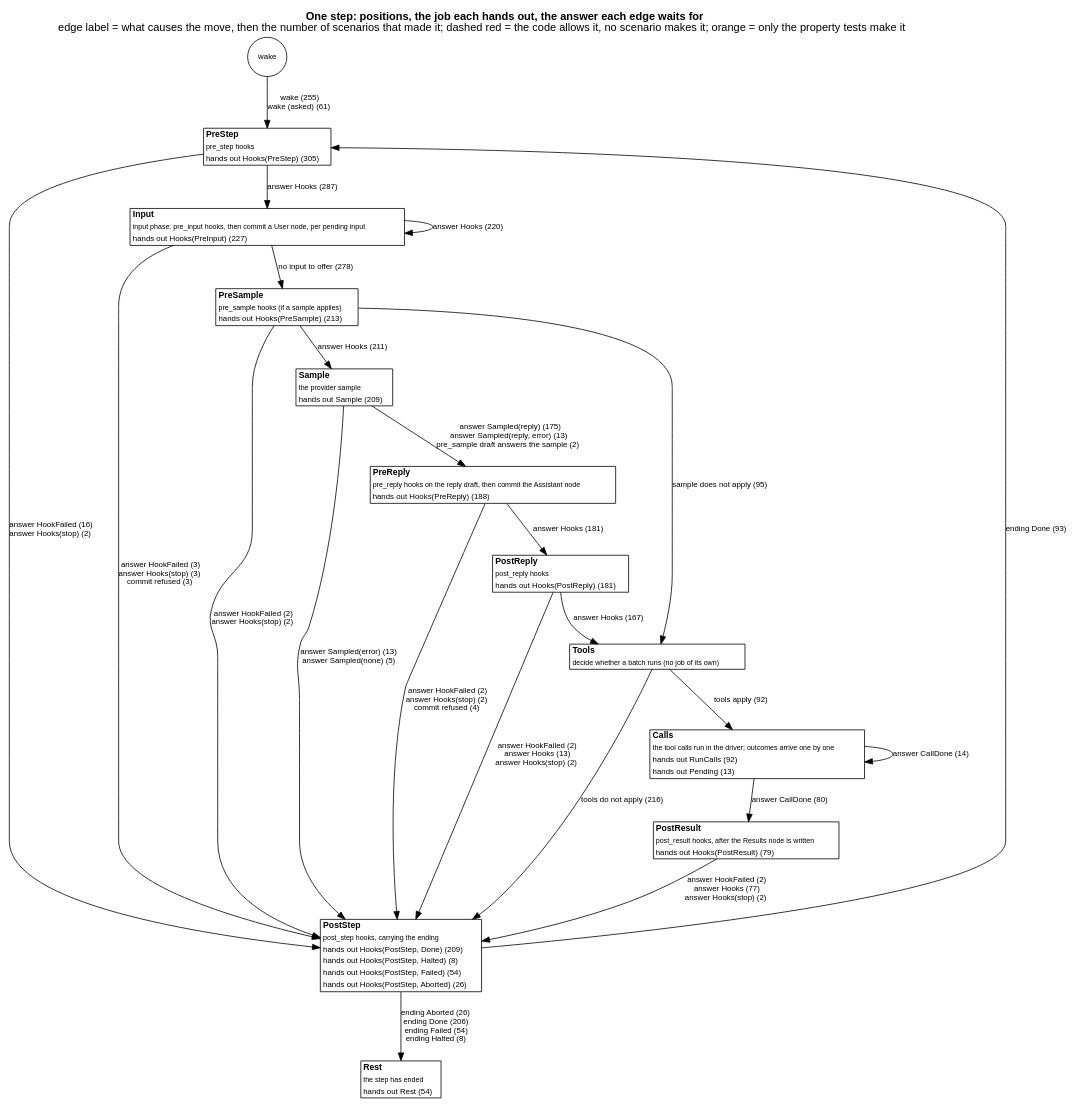
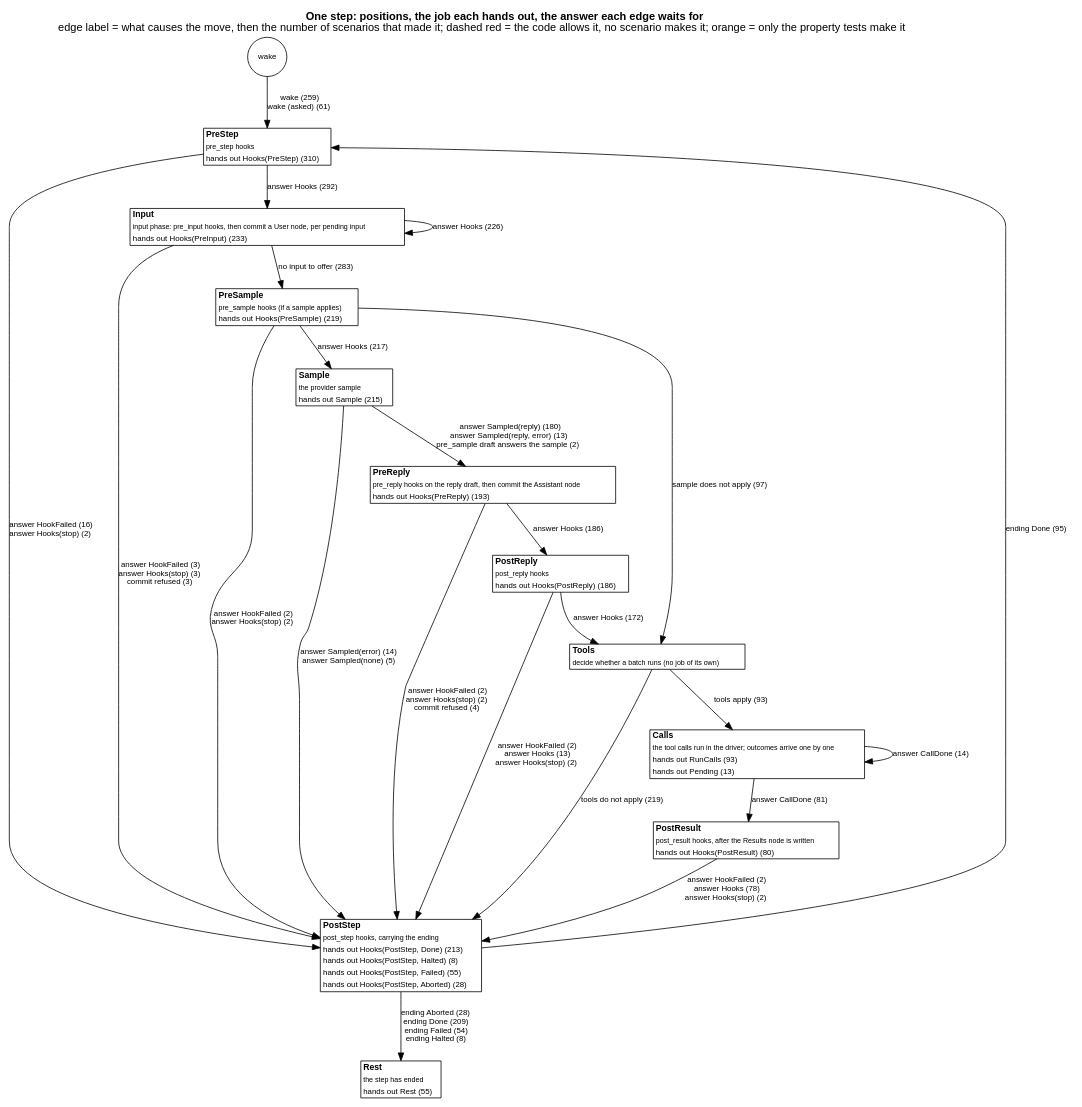
The diagram in docs/as-built/diagrams/step-positions.dot (jmccardle/tau), drawn with Graphviz before and after one commit. The commit also changed 39 other files, not shown here.

```diff
--- a/docs/as-built/diagrams/step-positions.dot
+++ b/docs/as-built/diagrams/step-positions.dot
@@ -1,40 +1,40 @@
 // Generated by scripts/diagrams.sh from the test suites' transitions. Do not edit.
 digraph step_positions {
   graph [rankdir=TB, fontname="Helvetica", nodesep=0.5, ranksep=0.6, labelloc=t, label=<<b>One step: positions, the job each hands out, the answer each edge waits for</b><br/>edge label = what causes the move, then the number of scenarios that made it; dashed red = the code allows it, no scenario makes it; orange = only the property tests make it>];
   node [shape=plain, fontname="Helvetica", fontsize=11];
   edge [fontname="Helvetica", fontsize=10];
   "(wake)" [shape=circle, label="wake", fontsize=10];
-  "PreStep" [label=<<table border="1" cellborder="0" cellspacing="0" bgcolor="white"><tr><td align="left"><b>PreStep</b></td></tr><tr><td align="left"><font point-size="9">pre_step hooks</font></td></tr><tr><td align="left"><font color="black" point-size="10">hands out Hooks(PreStep) (305)</font></td></tr></table>>];
-  "Input" [label=<<table border="1" cellborder="0" cellspacing="0" bgcolor="white"><tr><td align="left"><b>Input</b></td></tr><tr><td align="left"><font point-size="9">input phase: pre_input hooks, then commit a User node, per pending input</font></td></tr><tr><td align="left"><font color="black" point-size="10">hands out Hooks(PreInput) (227)</font></td></tr></table>>];
-  "PreSample" [label=<<table border="1" cellborder="0" cellspacing="0" bgcolor="white"><tr><td align="left"><b>PreSample</b></td></tr><tr><td align="left"><font point-size="9">pre_sample hooks (if a sample applies)</font></td></tr><tr><td align="left"><font color="black" point-size="10">hands out Hooks(PreSample) (213)</font></td></tr></table>>];
-  "Sample" [label=<<table border="1" cellborder="0" cellspacing="0" bgcolor="white"><tr><td align="left"><b>Sample</b></td></tr><tr><td align="left"><font point-size="9">the provider sample</font></td></tr><tr><td align="left"><font color="black" point-size="10">hands out Sample (209)</font></td></tr></table>>];
-  "PreReply" [label=<<table border="1" cellborder="0" cellspacing="0" bgcolor="white"><tr><td align="left"><b>PreReply</b></td></tr><tr><td align="left"><font point-size="9">pre_reply hooks on the reply draft, then commit the Assistant node</font></td></tr><tr><td align="left"><font color="black" point-size="10">hands out Hooks(PreReply) (188)</font></td></tr></table>>];
-  "PostReply" [label=<<table border="1" cellborder="0" cellspacing="0" bgcolor="white"><tr><td align="left"><b>PostReply</b></td></tr><tr><td align="left"><font point-size="9">post_reply hooks</font></td></tr><tr><td align="left"><font color="black" point-size="10">hands out Hooks(PostReply) (181)</font></td></tr></table>>];
+  "PreStep" [label=<<table border="1" cellborder="0" cellspacing="0" bgcolor="white"><tr><td align="left"><b>PreStep</b></td></tr><tr><td align="left"><font point-size="9">pre_step hooks</font></td></tr><tr><td align="left"><font color="black" point-size="10">hands out Hooks(PreStep) (310)</font></td></tr></table>>];
+  "Input" [label=<<table border="1" cellborder="0" cellspacing="0" bgcolor="white"><tr><td align="left"><b>Input</b></td></tr><tr><td align="left"><font point-size="9">input phase: pre_input hooks, then commit a User node, per pending input</font></td></tr><tr><td align="left"><font color="black" point-size="10">hands out Hooks(PreInput) (233)</font></td></tr></table>>];
+  "PreSample" [label=<<table border="1" cellborder="0" cellspacing="0" bgcolor="white"><tr><td align="left"><b>PreSample</b></td></tr><tr><td align="left"><font point-size="9">pre_sample hooks (if a sample applies)</font></td></tr><tr><td align="left"><font color="black" point-size="10">hands out Hooks(PreSample) (219)</font></td></tr></table>>];
+  "Sample" [label=<<table border="1" cellborder="0" cellspacing="0" bgcolor="white"><tr><td align="left"><b>Sample</b></td></tr><tr><td align="left"><font point-size="9">the provider sample</font></td></tr><tr><td align="left"><font color="black" point-size="10">hands out Sample (215)</font></td></tr></table>>];
+  "PreReply" [label=<<table border="1" cellborder="0" cellspacing="0" bgcolor="white"><tr><td align="left"><b>PreReply</b></td></tr><tr><td align="left"><font point-size="9">pre_reply hooks on the reply draft, then commit the Assistant node</font></td></tr><tr><td align="left"><font color="black" point-size="10">hands out Hooks(PreReply) (193)</font></td></tr></table>>];
+  "PostReply" [label=<<table border="1" cellborder="0" cellspacing="0" bgcolor="white"><tr><td align="left"><b>PostReply</b></td></tr><tr><td align="left"><font point-size="9">post_reply hooks</font></td></tr><tr><td align="left"><font color="black" point-size="10">hands out Hooks(PostReply) (186)</font></td></tr></table>>];
   "Tools" [label=<<table border="1" cellborder="0" cellspacing="0" bgcolor="white"><tr><td align="left"><b>Tools</b></td></tr><tr><td align="left"><font point-size="9">decide whether a batch runs (no job of its own)</font></td></tr></table>>];
-  "Calls" [label=<<table border="1" cellborder="0" cellspacing="0" bgcolor="white"><tr><td align="left"><b>Calls</b></td></tr><tr><td align="left"><font point-size="9">the tool calls run in the driver; outcomes arrive one by one</font></td></tr><tr><td align="left"><font color="black" point-size="10">hands out RunCalls (92)</font></td></tr><tr><td align="left"><font color="black" point-size="10">hands out Pending (13)</font></td></tr></table>>];
-  "PostResult" [label=<<table border="1" cellborder="0" cellspacing="0" bgcolor="white"><tr><td align="left"><b>PostResult</b></td></tr><tr><td align="left"><font point-size="9">post_result hooks, after the Results node is written</font></td></tr><tr><td align="left"><font color="black" point-size="10">hands out Hooks(PostResult) (79)</font></td></tr></table>>];
-  "PostStep" [label=<<table border="1" cellborder="0" cellspacing="0" bgcolor="white"><tr><td align="left"><b>PostStep</b></td></tr><tr><td align="left"><font point-size="9">post_step hooks, carrying the ending</font></td></tr><tr><td align="left"><font color="black" point-size="10">hands out Hooks(PostStep, Done) (209)</font></td></tr><tr><td align="left"><font color="black" point-size="10">hands out Hooks(PostStep, Halted) (8)</font></td></tr><tr><td align="left"><font color="black" point-size="10">hands out Hooks(PostStep, Failed) (54)</font></td></tr><tr><td align="left"><font color="black" point-size="10">hands out Hooks(PostStep, Aborted) (26)</font></td></tr></table>>];
-  "Rest" [label=<<table border="1" cellborder="0" cellspacing="0" bgcolor="white"><tr><td align="left"><b>Rest</b></td></tr><tr><td align="left"><font point-size="9">the step has ended</font></td></tr><tr><td align="left"><font color="black" point-size="10">hands out Rest (54)</font></td></tr></table>>];
-  "(wake)" -> "PreStep" [label=<wake (255)<br/>wake (asked) (61)>, color="black", style=solid];
+  "Calls" [label=<<table border="1" cellborder="0" cellspacing="0" bgcolor="white"><tr><td align="left"><b>Calls</b></td></tr><tr><td align="left"><font point-size="9">the tool calls run in the driver; outcomes arrive one by one</font></td></tr><tr><td align="left"><font color="black" point-size="10">hands out RunCalls (93)</font></td></tr><tr><td align="left"><font color="black" point-size="10">hands out Pending (13)</font></td></tr></table>>];
+  "PostResult" [label=<<table border="1" cellborder="0" cellspacing="0" bgcolor="white"><tr><td align="left"><b>PostResult</b></td></tr><tr><td align="left"><font point-size="9">post_result hooks, after the Results node is written</font></td></tr><tr><td align="left"><font color="black" point-size="10">hands out Hooks(PostResult) (80)</font></td></tr></table>>];
+  "PostStep" [label=<<table border="1" cellborder="0" cellspacing="0" bgcolor="white"><tr><td align="left"><b>PostStep</b></td></tr><tr><td align="left"><font point-size="9">post_step hooks, carrying the ending</font></td></tr><tr><td align="left"><font color="black" point-size="10">hands out Hooks(PostStep, Done) (213)</font></td></tr><tr><td align="left"><font color="black" point-size="10">hands out Hooks(PostStep, Halted) (8)</font></td></tr><tr><td align="left"><font color="black" point-size="10">hands out Hooks(PostStep, Failed) (55)</font></td></tr><tr><td align="left"><font color="black" point-size="10">hands out Hooks(PostStep, Aborted) (28)</font></td></tr></table>>];
+  "Rest" [label=<<table border="1" cellborder="0" cellspacing="0" bgcolor="white"><tr><td align="left"><b>Rest</b></td></tr><tr><td align="left"><font point-size="9">the step has ended</font></td></tr><tr><td align="left"><font color="black" point-size="10">hands out Rest (55)</font></td></tr></table>>];
+  "(wake)" -> "PreStep" [label=<wake (259)<br/>wake (asked) (61)>, color="black", style=solid];
   "Calls" -> "Calls" [label=<answer CallDone (14)>, color="black", style=solid];
-  "Calls" -> "PostResult" [label=<answer CallDone (80)>, color="black", style=solid];
-  "Input" -> "Input" [label=<answer Hooks (220)>, color="black", style=solid];
+  "Calls" -> "PostResult" [label=<answer CallDone (81)>, color="black", style=solid];
+  "Input" -> "Input" [label=<answer Hooks (226)>, color="black", style=solid];
   "Input" -> "PostStep" [label=<answer HookFailed (3)<br/>answer Hooks(stop) (3)<br/>commit refused (3)>, color="black", style=solid];
-  "Input" -> "PreSample" [label=<no input to offer (278)>, color="black", style=solid];
+  "Input" -> "PreSample" [label=<no input to offer (283)>, color="black", style=solid];
   "PostReply" -> "PostStep" [label=<answer HookFailed (2)<br/>answer Hooks (13)<br/>answer Hooks(stop) (2)>, color="black", style=solid];
-  "PostReply" -> "Tools" [label=<answer Hooks (167)>, color="black", style=solid];
-  "PostResult" -> "PostStep" [label=<answer HookFailed (2)<br/>answer Hooks (77)<br/>answer Hooks(stop) (2)>, color="black", style=solid];
-  "PostStep" -> "PreStep" [label=<ending Done (93)>, color="black", style=solid];
-  "PostStep" -> "Rest" [label=<ending Aborted (26)<br/>ending Done (206)<br/>ending Failed (54)<br/>ending Halted (8)>, color="black", style=solid];
-  "PreReply" -> "PostReply" [label=<answer Hooks (181)>, color="black", style=solid];
+  "PostReply" -> "Tools" [label=<answer Hooks (172)>, color="black", style=solid];
+  "PostResult" -> "PostStep" [label=<answer HookFailed (2)<br/>answer Hooks (78)<br/>answer Hooks(stop) (2)>, color="black", style=solid];
+  "PostStep" -> "PreStep" [label=<ending Done (95)>, color="black", style=solid];
+  "PostStep" -> "Rest" [label=<ending Aborted (28)<br/>ending Done (209)<br/>ending Failed (54)<br/>ending Halted (8)>, color="black", style=solid];
+  "PreReply" -> "PostReply" [label=<answer Hooks (186)>, color="black", style=solid];
   "PreReply" -> "PostStep" [label=<answer HookFailed (2)<br/>answer Hooks(stop) (2)<br/>commit refused (4)>, color="black", style=solid];
   "PreSample" -> "PostStep" [label=<answer HookFailed (2)<br/>answer Hooks(stop) (2)>, color="black", style=solid];
-  "PreSample" -> "Sample" [label=<answer Hooks (211)>, color="black", style=solid];
-  "PreSample" -> "Tools" [label=<sample does not apply (95)>, color="black", style=solid];
-  "PreStep" -> "Input" [label=<answer Hooks (287)>, color="black", style=solid];
+  "PreSample" -> "Sample" [label=<answer Hooks (217)>, color="black", style=solid];
+  "PreSample" -> "Tools" [label=<sample does not apply (97)>, color="black", style=solid];
+  "PreStep" -> "Input" [label=<answer Hooks (292)>, color="black", style=solid];
   "PreStep" -> "PostStep" [label=<answer HookFailed (16)<br/>answer Hooks(stop) (2)>, color="black", style=solid];
-  "Sample" -> "PostStep" [label=<answer Sampled(error) (13)<br/>answer Sampled(none) (5)>, color="black", style=solid];
-  "Sample" -> "PreReply" [label=<answer Sampled(reply) (175)<br/>answer Sampled(reply, error) (13)<br/>pre_sample draft answers the sample (2)>, color="black", style=solid];
-  "Tools" -> "Calls" [label=<tools apply (92)>, color="black", style=solid];
-  "Tools" -> "PostStep" [label=<tools do not apply (216)>, color="black", style=solid];
+  "Sample" -> "PostStep" [label=<answer Sampled(error) (14)<br/>answer Sampled(none) (5)>, color="black", style=solid];
+  "Sample" -> "PreReply" [label=<answer Sampled(reply) (180)<br/>answer Sampled(reply, error) (13)<br/>pre_sample draft answers the sample (2)>, color="black", style=solid];
+  "Tools" -> "Calls" [label=<tools apply (93)>, color="black", style=solid];
+  "Tools" -> "PostStep" [label=<tools do not apply (219)>, color="black", style=solid];
 }
```
